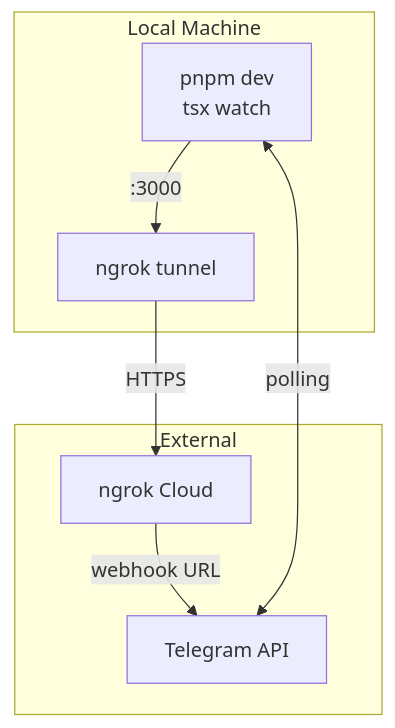
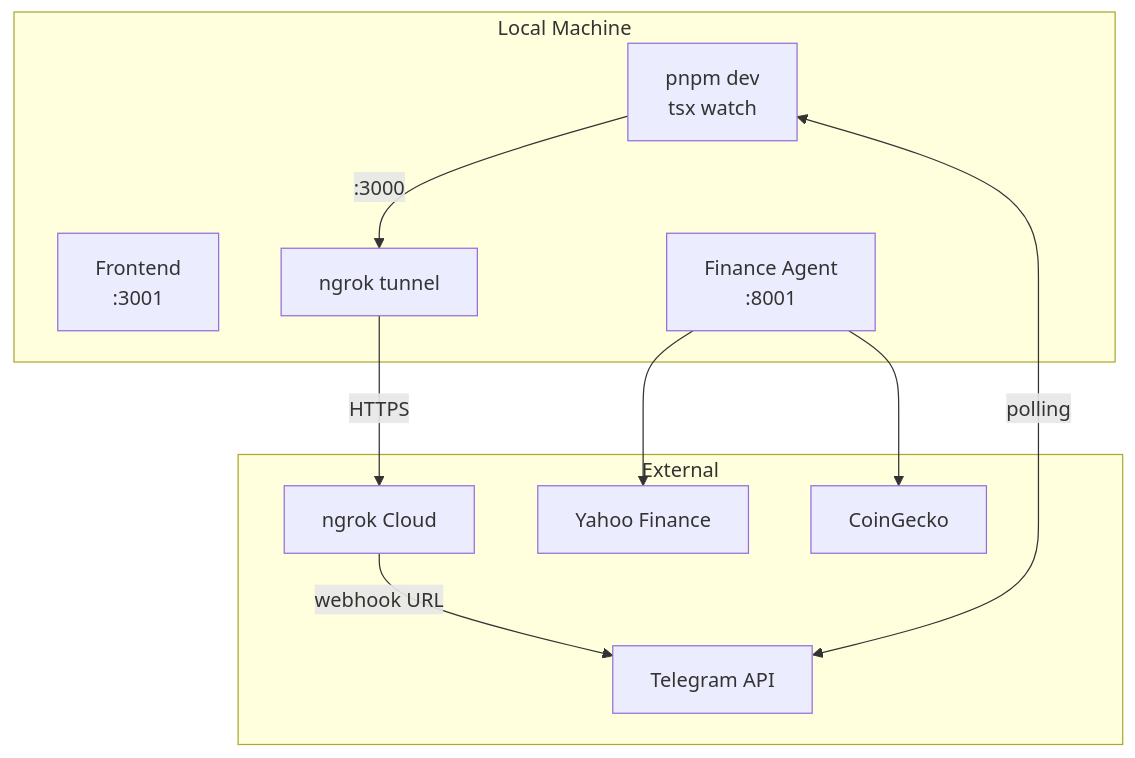
Diagram 19 of 20 in docs/ARCHITECTURE.md (ldmrepo/michael), drawn with Mermaid before and after one commit. The commit also changed other lines of this file, not shown here.

First line of the commit message:
docs: ARCHITECTURE.md 업데이트 - Finance Agent 아키텍처 추가

````diff
--- a/docs/ARCHITECTURE.md
+++ b/docs/ARCHITECTURE.md
@@ -574,17 +742,23 @@
 ```mermaid
 graph TB
     subgraph Local["Local Machine"]
         DEV[pnpm dev<br/>tsx watch]
+        FRONT[Frontend<br/>:3001]
+        FINANCE[Finance Agent<br/>:8001]
         NGROK[ngrok tunnel]
     end
 
     subgraph External["External"]
         TG[Telegram API]
         NGROK_CLOUD[ngrok Cloud]
+        YAHOO[Yahoo Finance]
+        GECKO[CoinGecko]
     end
 
     DEV -->|:3000| NGROK
     NGROK -->|HTTPS| NGROK_CLOUD
     NGROK_CLOUD -->|webhook URL| TG
     TG <-->|polling| DEV
+    FINANCE --> YAHOO
+    FINANCE --> GECKO
 ```
````
